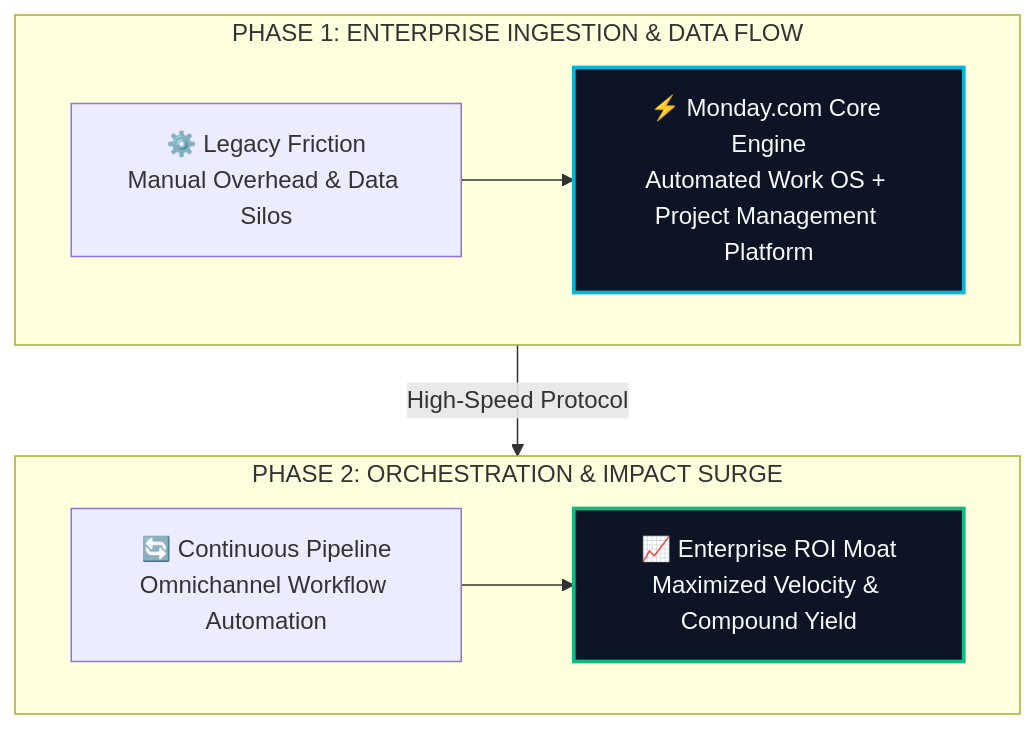
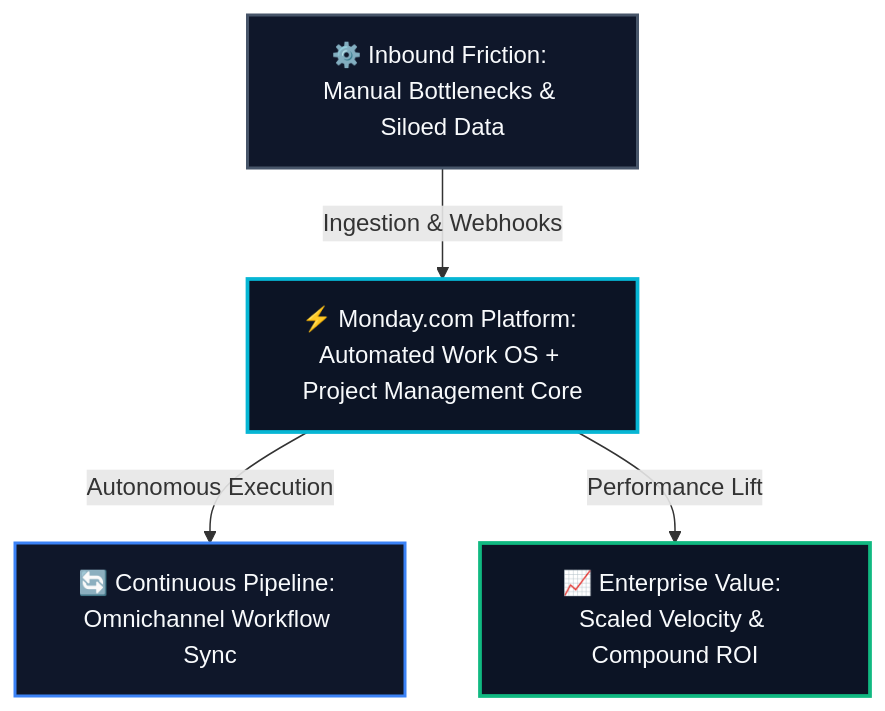
Before and after one commit to heliatech-media/saas-radar: the diagram in site/src/content/blog/monday-com-evolution-guide-2026.md, drawn with Mermaid. The commit also changed 93 other files, not shown here.

First line of the commit message:
fix(diagrams): resolve dagre-d3 subgraph collision by migrating to balanced 3-tier Hub & Spoke architecture

````diff
--- a/site/src/content/blog/monday-com-evolution-guide-2026.md
+++ b/site/src/content/blog/monday-com-evolution-guide-2026.md
@@ -61,14 +61,14 @@
 ```mermaid
 flowchart TD
-    subgraph S1["PHASE 1: ENTERPRISE INGESTION & DATA FLOW"]
-        direction LR
-        A["⚙️ Legacy Friction<br/>Manual Overhead & Data Silos"] --> B["⚡ Monday.com Core Engine<br/>Automated Work OS + Project Management Platform"]
-    end
-    subgraph S2["PHASE 2: ORCHESTRATION & IMPACT SURGE"]
-        direction LR
-        C["🔄 Continuous Pipeline<br/>Omnichannel Workflow Automation"] --> D["📈 Enterprise ROI Moat<br/>Maximized Velocity & Compound Yield"]
-    end
-    S1 -->|High-Speed Protocol| S2
-    style B fill:#0c1425,stroke:#06b6d4,stroke-width:2.5px,color:#f8fafc
-    style D fill:#0c1425,stroke:#10b981,stroke-width:2.5px,color:#f8fafc
+    Inp["⚙️ Inbound Friction: Manual Bottlenecks & Siloed Data"]
+    Eng["⚡ Monday.com Platform: Automated Work OS + Project Management Core"]
+    Out1["🔄 Continuous Pipeline: Omnichannel Workflow Sync"]
+    Out2["📈 Enterprise Value: Scaled Velocity & Compound ROI"]
+    Inp -->|Ingestion & Webhooks| Eng
+    Eng -->|Autonomous Execution| Out1
+    Eng -->|Performance Lift| Out2
+    style Inp fill:#0f172a,stroke:#475569,stroke-width:2px,color:#f8fafc
+    style Eng fill:#0c1425,stroke:#06b6d4,stroke-width:2.5px,color:#f8fafc
+    style Out1 fill:#0f172a,stroke:#3b82f6,stroke-width:2px,color:#f8fafc
+    style Out2 fill:#0c1425,stroke:#10b981,stroke-width:2.5px,color:#f8fafc
 ```
````
